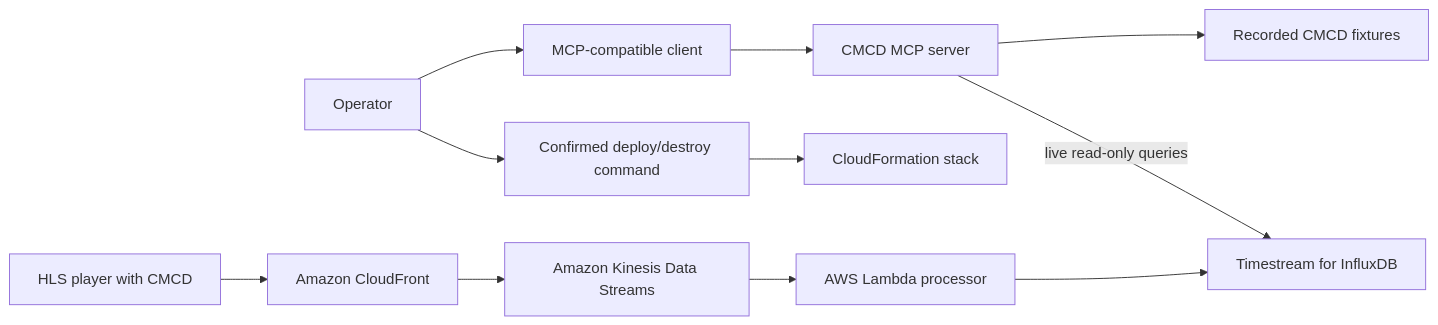
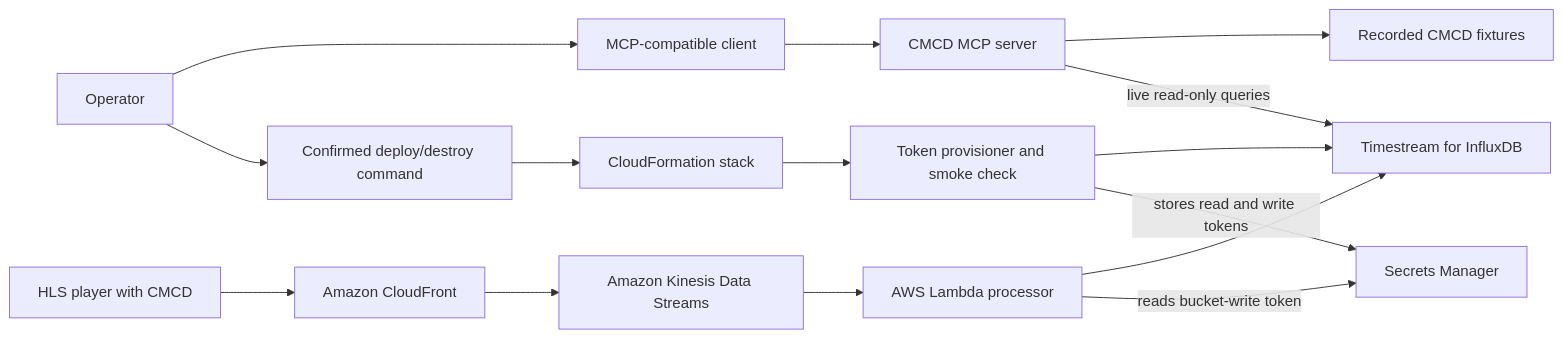
Before and after one commit to aws-samples/sample-agentic-video-operations: the diagram in samples/cmcd/README.md, drawn with Mermaid. The commit also changed other lines of this file and 144 other files, not shown here.

````diff
--- a/samples/cmcd/README.md
+++ b/samples/cmcd/README.md
@@ -22,15 +22,19 @@
 ```mermaid
 flowchart LR
     Operator --> Client[MCP-compatible client]
     Client --> Server[CMCD MCP server]
     Server --> Fixtures[Recorded CMCD fixtures]
     Server -->|live read-only queries| Influx[Timestream for InfluxDB]
 
     Player[HLS player with CMCD] --> CF[Amazon CloudFront]
     CF --> Stream[Amazon Kinesis Data Streams]
     Stream --> Processor[AWS Lambda processor]
     Processor --> Influx
+    Processor -->|reads bucket-write token| Secret[Secrets Manager]
 
     Operator --> Manager[Confirmed deploy/destroy command]
     Manager --> Stack[CloudFormation stack]
+    Stack --> Provisioner[Token provisioner and smoke check]
+    Provisioner --> Influx
+    Provisioner -->|stores read and write tokens| Secret
 ```
````
